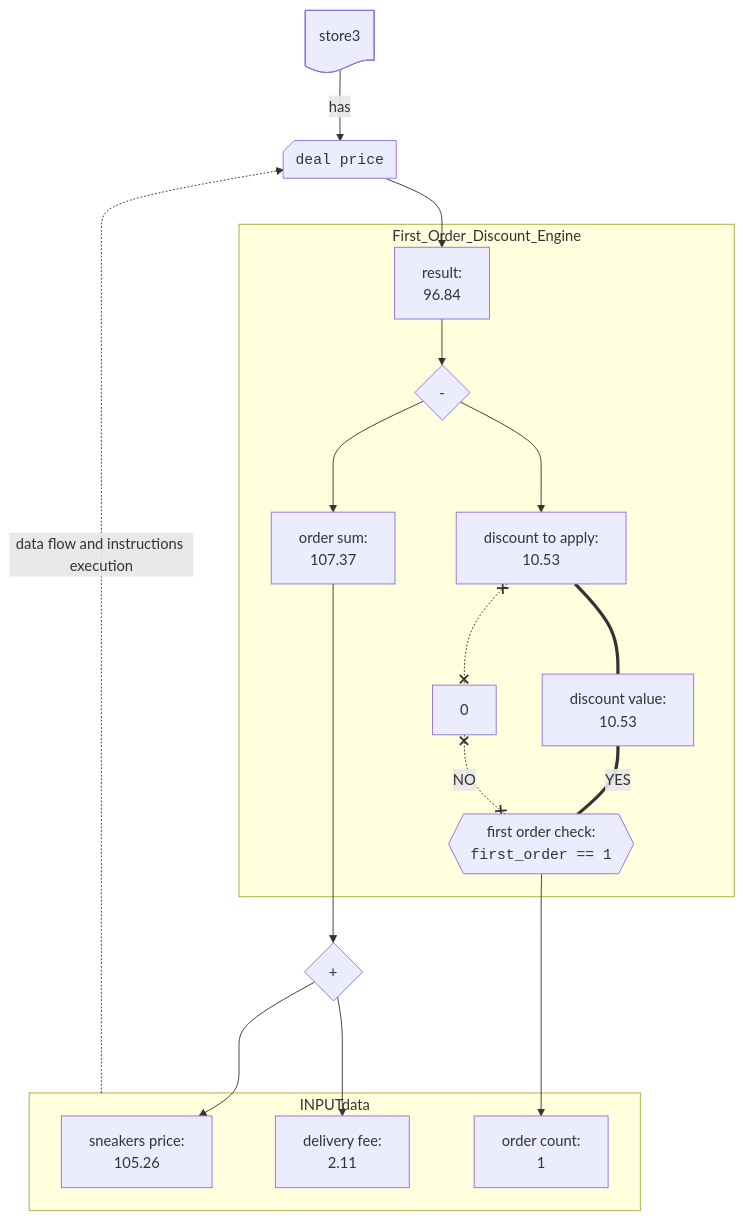
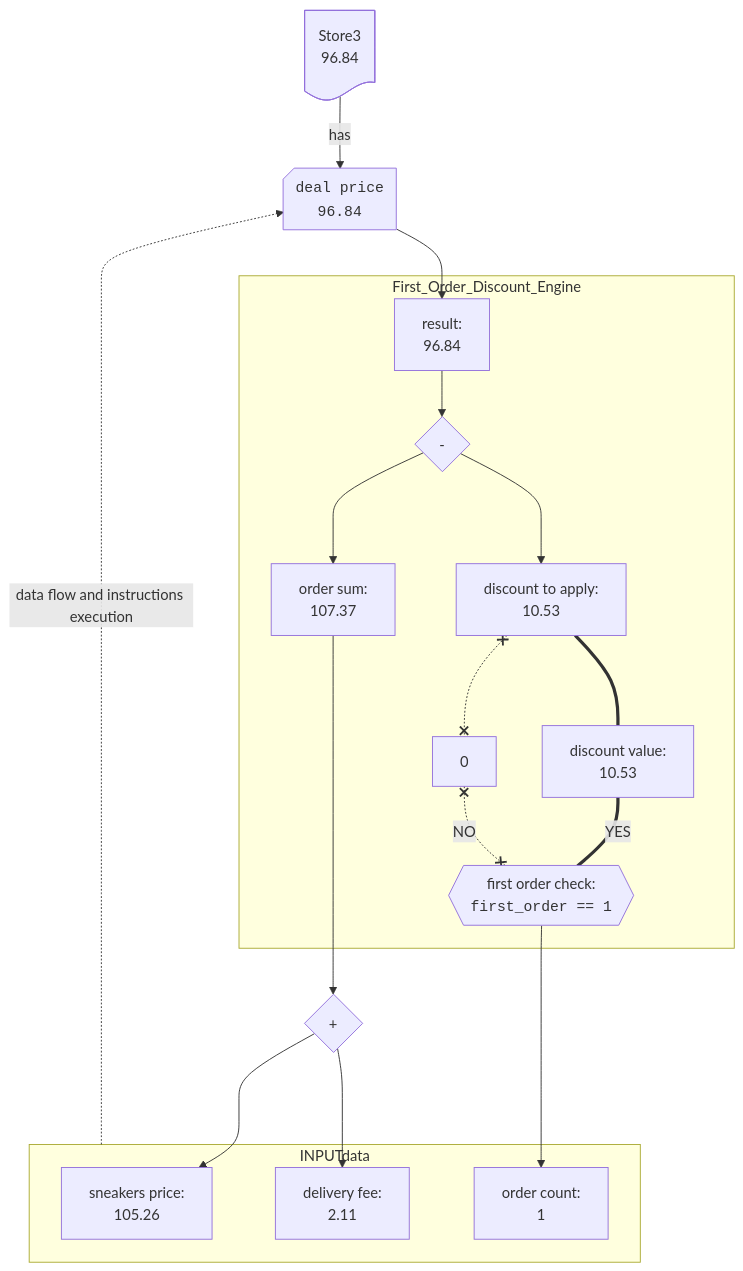
Diagram 17 of 18 in README.md (Walter462/Sneakers), drawn with Mermaid before and after one commit. The commit also changed other lines of this file, not shown here.

````diff
--- a/README.md
+++ b/README.md
@@ -851,52 +888,52 @@
 ```mermaid
 %%{ init : { "themeVariables": { "htmlLabels": true }}}%%
 graph TB
-  store3.deal_price@{shape: card, label: "<code> deal price </code>"}
-  store3@{shape: doc} --> |has|store3.deal_price
+  store3@{shape: doc, label: "Store3 \n 96.84"} --> |has|store3.deal_price
+  store3.deal_price@{shape: card, label: "<code> deal price \n 96.84 </code>"}
 
-%% ======================================================== Store3 start ===================================================
+%% ================================================ Store3 start ===================================================
 
   store3.First_Order_Discount_Engine.result@{label: "result:\n 96.84"}
   store3.First_Order_Discount_Engine.calculation@{shape: diamond, label: " - "}
   store3.order_sum@{label: "order sum:\n 107.37"}
   store3.sum@{shape: diamond, label: " + "}
 
   store3.First_Order_Discount_Engine.calculation.discount@{shape: rect, label: "discount to apply: \n 10.53"}
   store3.First_Order_Discount_Engine.calculation.discount.value@{shape: rect, label: "discount value:\n 10.53"}
   store3.First_Order_Discount_Engine.calculation.discount.zero@{shape: rect, label: "0"}
   store3.First_Order_Discount_Engine.eq@{shape: hex, label: "first order check:\n <code> first_order == 1 </code>"}
 
   store3.deal_price --> store3.First_Order_Discount_Engine.result
   store3.First_Order_Discount_Engine.result --> store3.First_Order_Discount_Engine.calculation 
   store3.First_Order_Discount_Engine.calculation ---> store3.order_sum
   store3.order_sum ----> store3.sum  
   store3.sum ---> store3.sneakers_price
   store3.sum ---> store3.delivery_fee
   store3.First_Order_Discount_Engine.calculation ---> store3.First_Order_Discount_Engine.calculation.discount
   store3.First_Order_Discount_Engine.calculation.discount === store3.First_Order_Discount_Engine.calculation.discount.value
   store3.First_Order_Discount_Engine.calculation.discount x-.-x store3.First_Order_Discount_Engine.calculation.discount.zero
   store3.First_Order_Discount_Engine.calculation.discount.value === |YES| store3.First_Order_Discount_Engine.eq
   store3.First_Order_Discount_Engine.calculation.discount.zero x-.-x |NO| store3.First_Order_Discount_Engine.eq
   store3.First_Order_Discount_Engine.eq --> store3.order_count
   
 subgraph First_Order_Discount_Engine
   store3.First_Order_Discount_Engine.result
   store3.First_Order_Discount_Engine.calculation
   store3.order_sum
   store3.First_Order_Discount_Engine.calculation.discount
   store3.First_Order_Discount_Engine.calculation.discount.value
   store3.First_Order_Discount_Engine.calculation.discount.zero
   store3.First_Order_Discount_Engine.eq
 end
 
 %% Store3.INPUT DATA 
 subgraph INPUTdata
   store3.sneakers_price@{shape: rect, label: "sneakers price: \n 105.26"}
   store3.delivery_fee@{shape: rect, label: "delivery fee: \n 2.11"}
   store3.order_count@{label: "order count: \n 1"}
 end
 
 INPUTdata -.-> |data flow and instructions execution| store3.deal_price
 
 %% ========================================================= Store3 end================================================
 ```
````
